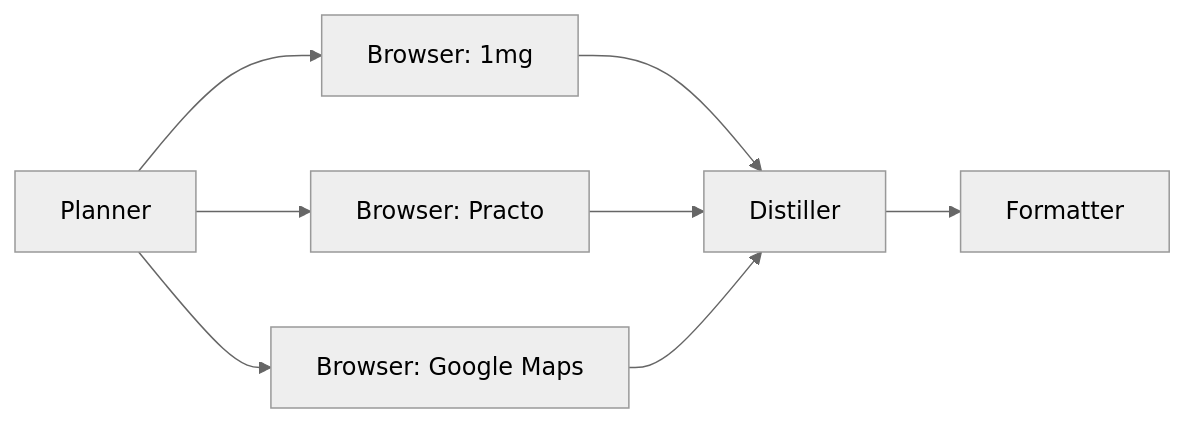
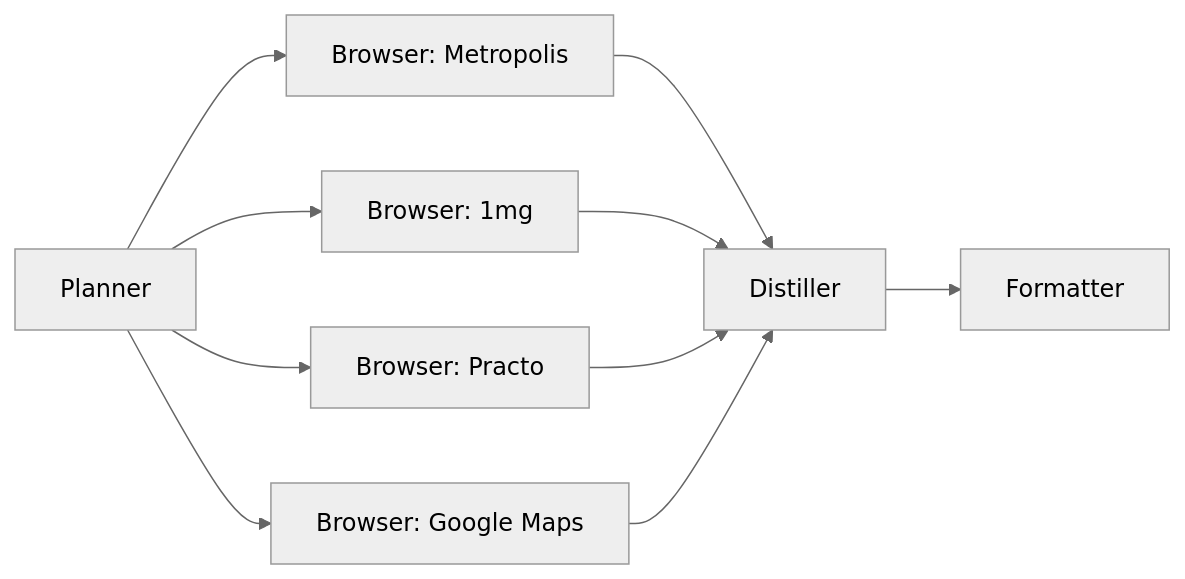
The diagram in README.md (rraghu214/lab-lens-browser-automation), drawn with Mermaid (neutral theme) before and after one commit. The commit also changed other lines of this file and 68 other files, not shown here.

````diff
--- a/README.md
+++ b/README.md
@@ -21,10 +21,12 @@
 ```mermaid
 graph LR
+  Planner --> Browser_Metropolis["Browser: Metropolis"]
   Planner --> Browser_1mg["Browser: 1mg"]
   Planner --> Browser_Practo["Browser: Practo"]
   Planner --> Browser_GoogleMaps["Browser: Google Maps"]
+  Browser_Metropolis --> Distiller
   Browser_1mg --> Distiller
   Browser_Practo --> Distiller
   Browser_GoogleMaps --> Distiller
   Distiller --> Formatter
 ```
````
